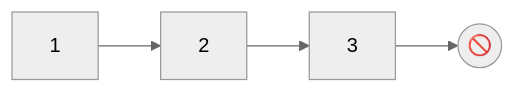
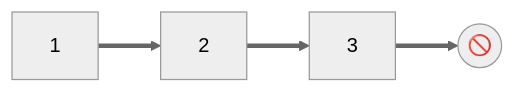
One commit to raganwald/raganwald.github.com changed the first of 13 diagrams in _posts/2026-02-15-nuralagus-rex.md. Above: the diagram before and after it, drawn with Mermaid (neutral theme). The commit also changed other lines of this file, not shown here.

```diff
--- a/_posts/2026-02-15-nuralagus-rex.md
+++ b/_posts/2026-02-15-nuralagus-rex.md
@@ -23,9 +23,9 @@
 <div class="mermaid">
   graph LR
     b["1"]
     c["2"]
     d["3"]
     Empty(("🚫"))
 
-    b-->c-->d-->Empty
+    b==>c==>d==>Empty
 </div>
```
